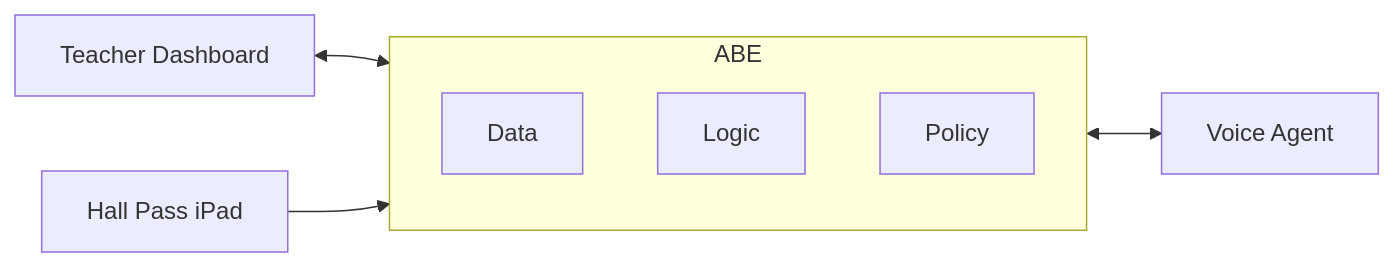
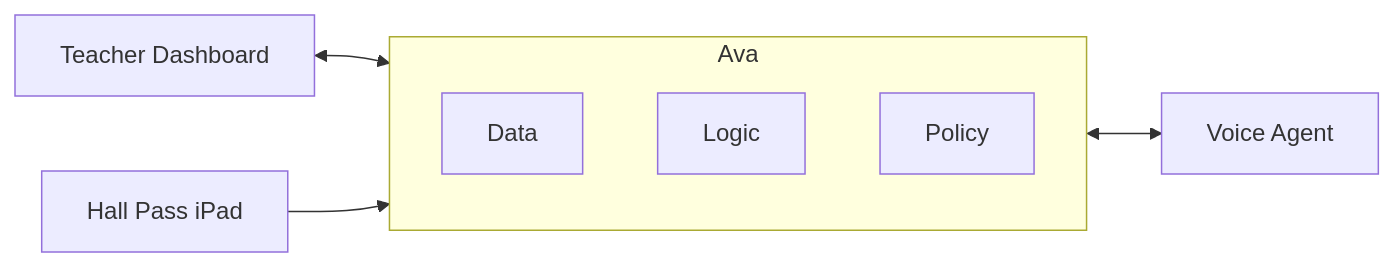
The first of 5 diagrams in README.md (gonzalj3/hallPassAttendanceOfficer), drawn with Mermaid before and after one commit. The commit also changed other lines of this file and 6 other files, not shown here.

Commit message:
Polish Ava voice agent demo

````diff
--- a/README.md
+++ b/README.md
@@ -7,16 +7,16 @@
 ```mermaid
 flowchart LR
   Teacher["Teacher Dashboard"]
   HallPass["Hall Pass iPad"]
   Voice["Voice Agent"]
 
-  subgraph ABE["ABE"]
+  subgraph Ava["Ava"]
     Data["Data"]
     Logic["Logic"]
     Policy["Policy"]
   end
 
-  Teacher <--> ABE
-  HallPass --> ABE
-  ABE <--> Voice
+  Teacher <--> Ava
+  HallPass --> Ava
+  Ava <--> Voice
 ```
````
